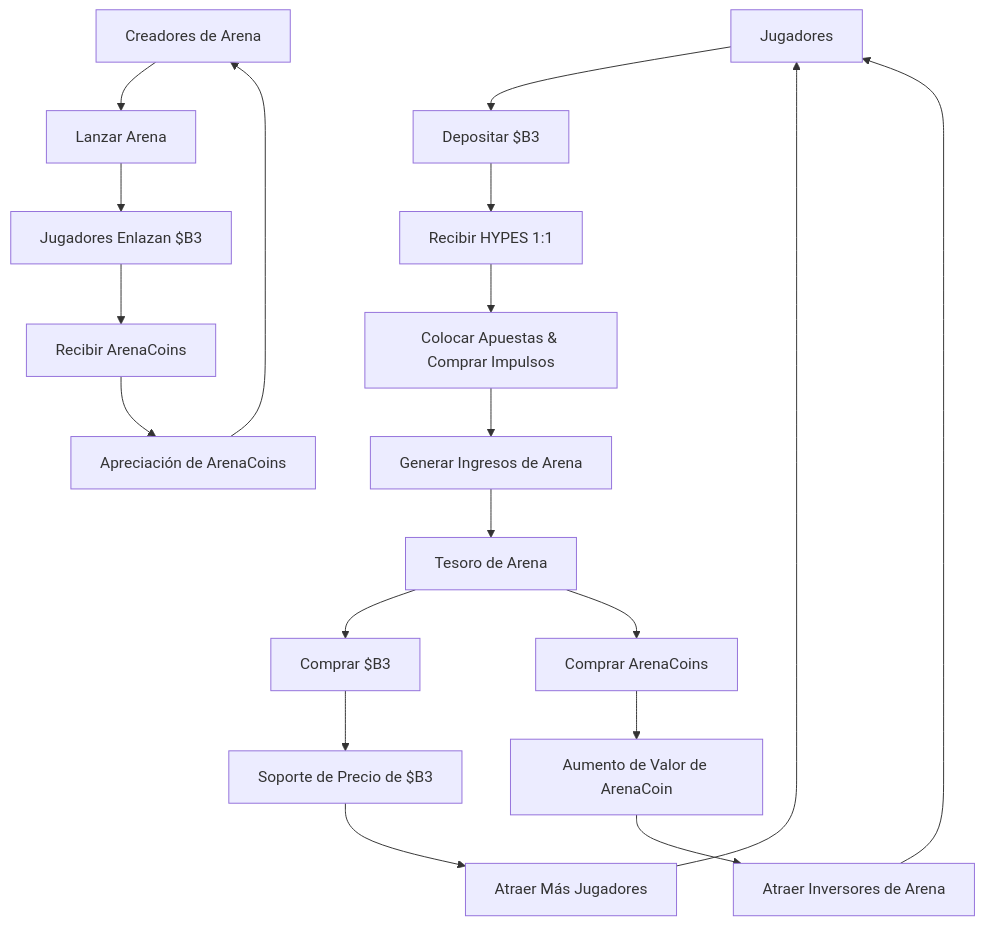
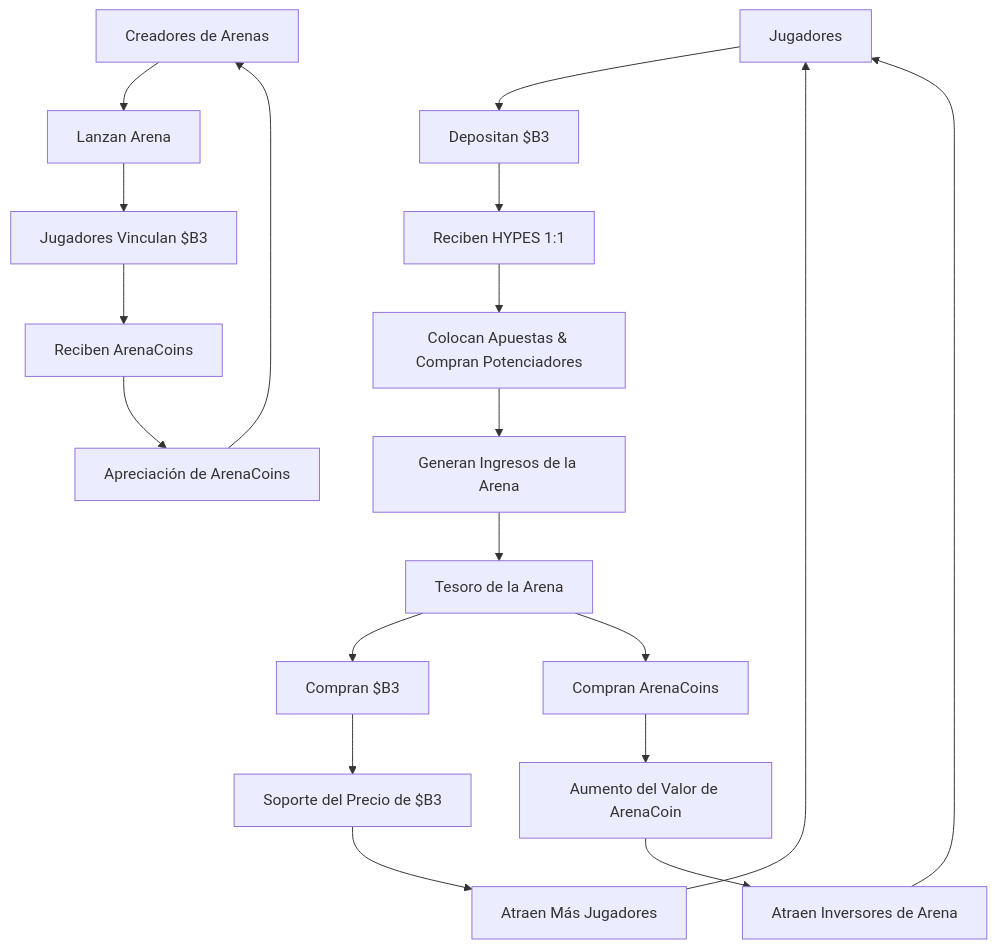
The diagram in docs/es/hypeduel/tokens-overview.mdx (b3-fun/b3), drawn with Mermaid before and after one commit. The commit also changed other lines of this file and 95 other files, not shown here.

````diff
--- a/docs/es/hypeduel/tokens-overview.mdx
+++ b/docs/es/hypeduel/tokens-overview.mdx
@@ -69,22 +29,22 @@
 ```mermaid
 graph TB
-    A[Jugadores] --> B[Depositar $B3]
-    B --> C[Recibir HYPES 1:1]
-    C --> D[Colocar Apuestas & Comprar Impulsos]
-    D --> E[Generar Ingresos de Arena]
-    E --> F[Tesoro de Arena]
-    F --> G[Comprar $B3]
-    F --> H[Comprar ArenaCoins]
-    G --> I[Soporte de Precio de $B3]
-    H --> J[Aumento de Valor de ArenaCoin]
-    J --> K[Atraer Inversores de Arena]
-    I --> L[Atraer Más Jugadores]
+    A[Jugadores] --> B[Depositan $B3]
+    B --> C[Reciben HYPES 1:1]
+    C --> D[Colocan Apuestas & Compran Potenciadores]
+    D --> E[Generan Ingresos de la Arena]
+    E --> F[Tesoro de la Arena]
+    F --> G[Compran $B3]
+    F --> H[Compran ArenaCoins]
+    G --> I[Soporte del Precio de $B3]
+    H --> J[Aumento del Valor de ArenaCoin]
+    J --> K[Atraen Inversores de Arena]
+    I --> L[Atraen Más Jugadores]
     K --> A
     L --> A
 
-    M[Creadores de Arena] --> N[Lanzar Arena]
-    N --> O[Jugadores Enlazan $B3]
-    O --> P[Recibir ArenaCoins]
+    M[Creadores de Arenas] --> N[Lanzan Arena]
+    N --> O[Jugadores Vinculan $B3]
+    O --> P[Reciben ArenaCoins]
     P --> Q[Apreciación de ArenaCoins]
     Q --> M
 ```
````
